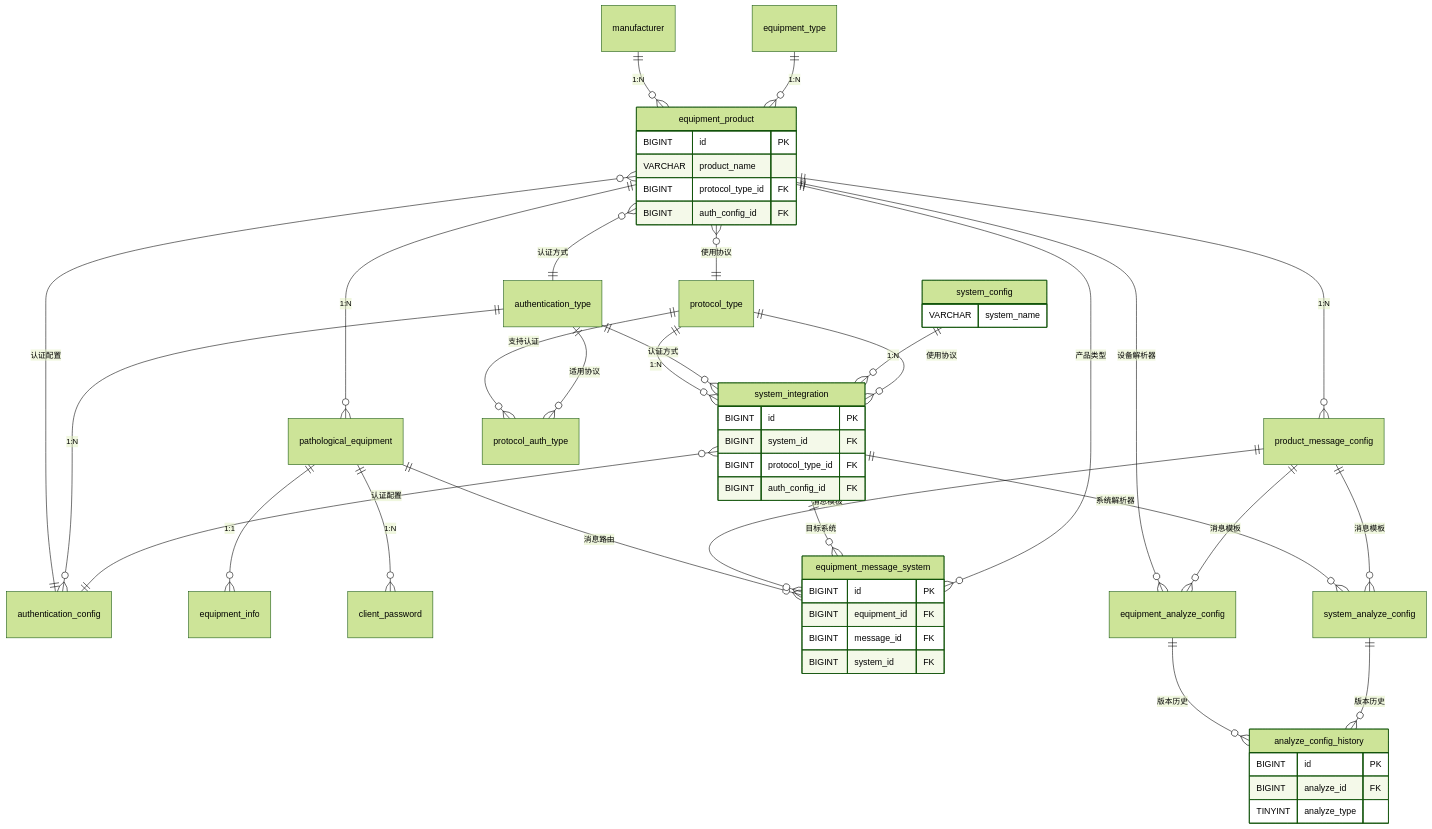
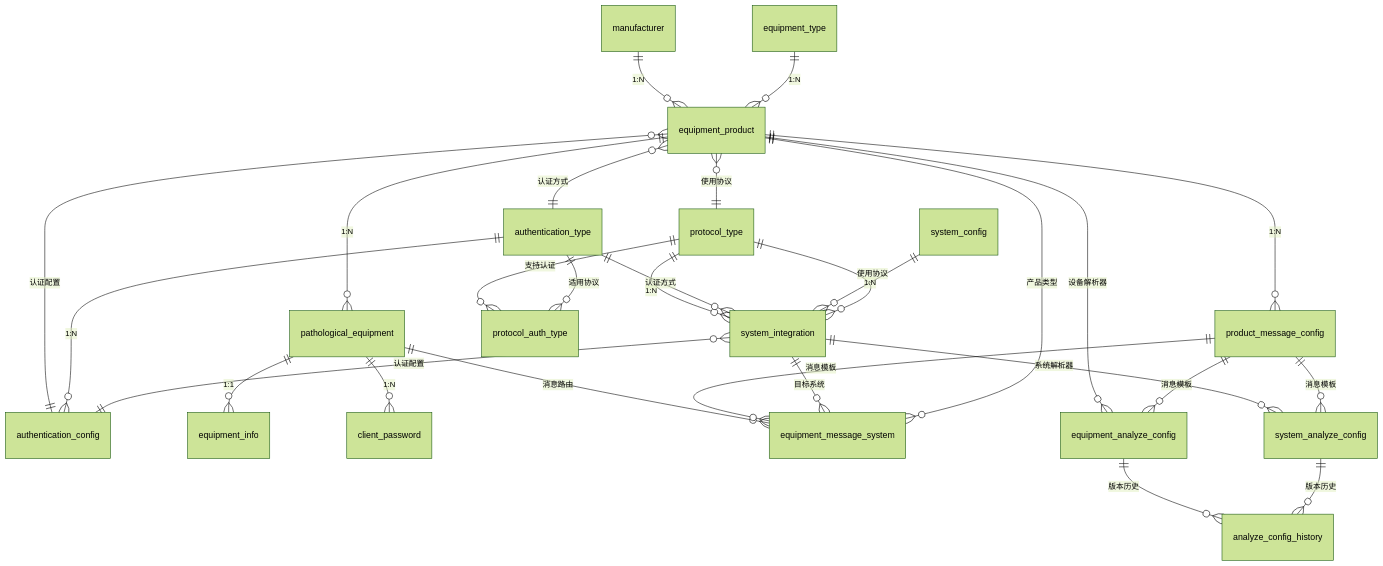
Before and after one commit to fuyong859050943/iodraw-files: the diagram in all/未命名-3.md, drawn with Mermaid (forest theme).

Commit message:
2025-02-26 16:26:31 update

````diff
--- a/all/未命名-3.md
+++ b/all/未命名-3.md
@@ -1,80 +1,48 @@
 ```mermaid
 erDiagram
     %% 核心实体    
     manufacturer ||--o{ equipment_product : "1:N"
     equipment_type ||--o{ equipment_product : "1:N"
     
     %% 设备产品关系组
     equipment_product ||--o{ pathological_equipment : "1:N"
     equipment_product ||--o{ product_message_config : "1:N"
     equipment_product }o--|| protocol_type : "使用协议"
     equipment_product }o--|| authentication_type : "认证方式"
     equipment_product }o--|| authentication_config : "认证配置"
     
     pathological_equipment ||--o{ equipment_info : "1:1"
     pathological_equipment ||--o{ client_password : "1:N"
     pathological_equipment ||--o{ equipment_message_system : "消息路由"
     
     %% 协议认证关系组
 
     protocol_type ||--o{ system_integration : "1:N"
     protocol_type ||--o{ protocol_auth_type : "支持认证"
     
     authentication_type ||--o{ protocol_auth_type : "适用协议"
     authentication_type ||--o{ authentication_config : "1:N"
     authentication_type ||--o{ system_integration : "认证方式"
     
     %% 系统集成关系组
     system_config ||--o{ system_integration : "1:N"
     system_integration }o--|| protocol_type : "使用协议"
     system_integration }o--|| authentication_config : "认证配置"
     
     %% 消息路由组
     product_message_config ||--o{ equipment_message_system : "消息模板"
     system_integration ||--o{ equipment_message_system : "目标系统"
     equipment_message_system }o--|| equipment_product : "产品类型"
     
     %% 解析器配置组
 
     
     equipment_analyze_config ||--o{ analyze_config_history : "版本历史"
     system_analyze_config ||--o{ analyze_config_history : "版本历史"
     
     equipment_product ||--o{ equipment_analyze_config : "设备解析器"
     system_integration ||--o{ system_analyze_config : "系统解析器"
     product_message_config ||--o{ equipment_analyze_config : "消息模板"
     product_message_config ||--o{ system_analyze_config : "消息模板"
 
-    %% 详细字段展示（关键表示例）    
-    equipment_product {
-        BIGINT id PK
-        VARCHAR product_name
-        BIGINT protocol_type_id FK
-        BIGINT auth_config_id FK
-    }
-
-    system_config {
-        VARCHAR system_name
-    }
-
-    system_integration {
-        BIGINT id PK
-        BIGINT system_id FK
-        BIGINT protocol_type_id FK
-        BIGINT auth_config_id FK
-    }
-    
-    equipment_message_system {
-        BIGINT id PK
-        BIGINT equipment_id FK
-        BIGINT message_id FK
-        BIGINT system_id FK
-    }
-    
-    analyze_config_history {
-        BIGINT id PK
-        BIGINT analyze_id FK
-        TINYINT analyze_type
-    }
-          
 ```
````
